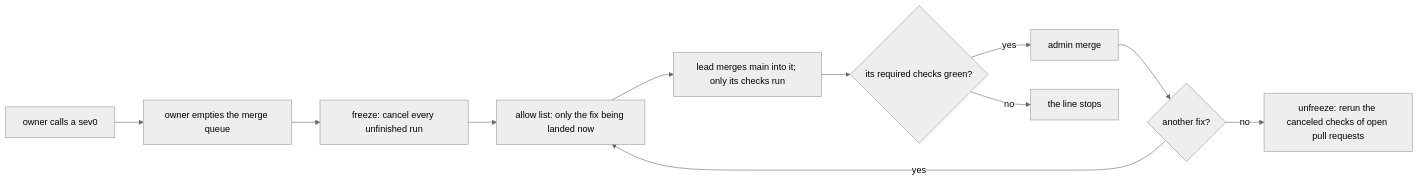
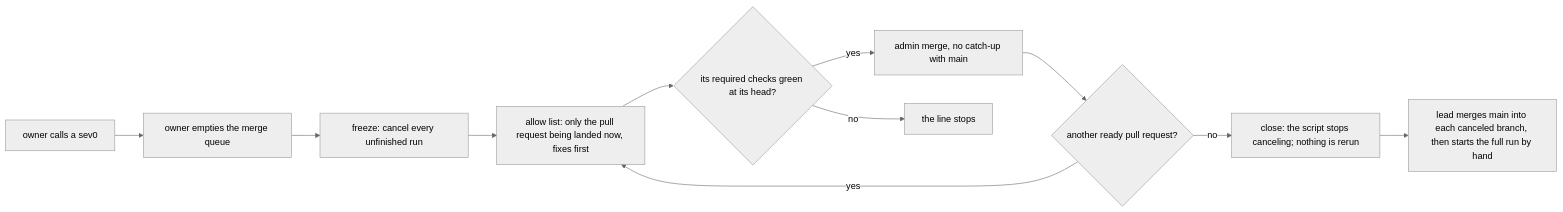
One commit to kamp-us/tea-fabrika changed the diagram in .decisions/0532-a-sev0-freezes-ci.md. Above: the diagram before and after it, drawn with Mermaid (neutral theme). The commit also changed other lines of this file and 13 other files, not shown here.

````diff
--- a/.decisions/0532-a-sev0-freezes-ci.md
+++ b/.decisions/0532-a-sev0-freezes-ci.md
@@ -17,13 +15,13 @@
 ```mermaid
 flowchart LR
   owner["owner calls a sev0"] --> empty["owner empties the merge queue"]
   empty --> freeze["freeze: cancel every unfinished run"]
-  freeze --> next["allow list: only the fix being landed now"]
-  next --> sync["lead merges main into it; only its checks run"]
-  sync --> green{"its required checks green?"}
-  green -->|"yes"| admin["admin merge"]
-  admin --> more{"another fix?"}
+  freeze --> next["allow list: only the pull request being landed now, fixes first"]
+  next --> green{"its required checks green at its head?"}
+  green -->|"yes"| admin["admin merge, no catch-up with main"]
+  admin --> more{"another ready pull request?"}
   more -->|"yes"| next
-  more -->|"no"| unfreeze["unfreeze: rerun the canceled checks of open pull requests"]
+  more -->|"no"| close["close: the script stops canceling; nothing is rerun"]
+  close --> catch["lead merges main into each canceled branch, then starts the full run by hand"]
   green -->|"no"| stop["the line stops"]
 ```
````
